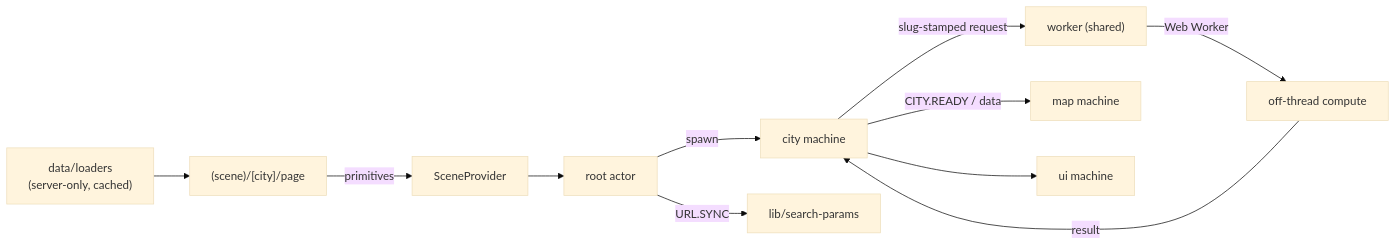
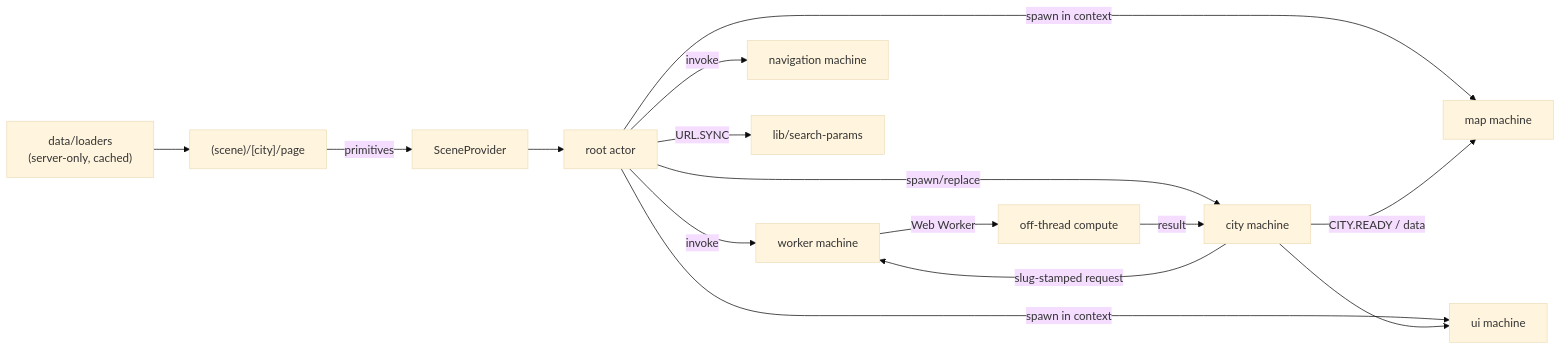
One commit to Ahmed-Abdel-karim/plainsight changed the second of 5 diagrams in _docs/architecture.md. Above: the diagram before and after it, drawn with Mermaid (base theme). The commit also changed other lines of this file and 31 other files, not shown here.

````diff
--- a/_docs/architecture.md
+++ b/_docs/architecture.md
@@ -117,13 +117,17 @@
 ```mermaid
 flowchart LR
   loaders["data/loaders<br/>(server-only, cached)"] --> page["(scene)/[city]/page"]
   page -->|primitives| provider["SceneProvider"]
   provider --> root["root actor"]
-  root -->|spawn| city["city machine"]
-  city -->|slug-stamped request| worker["worker (shared)"]
+  root -->|spawn in context| map["map machine"]
+  root -->|spawn in context| ui["ui machine"]
+  root -->|invoke| worker["worker machine"]
+  root -->|invoke| navigation["navigation machine"]
+  root -->|spawn/replace| city["city machine"]
+  city -->|slug-stamped request| worker
   worker -->|Web Worker| transport["off-thread compute"]
   transport -->|result| city
   city -->|CITY.READY / data| map["map machine"]
   city --> ui["ui machine"]
   root -->|URL.SYNC| url["lib/search-params"]
 ```
````
